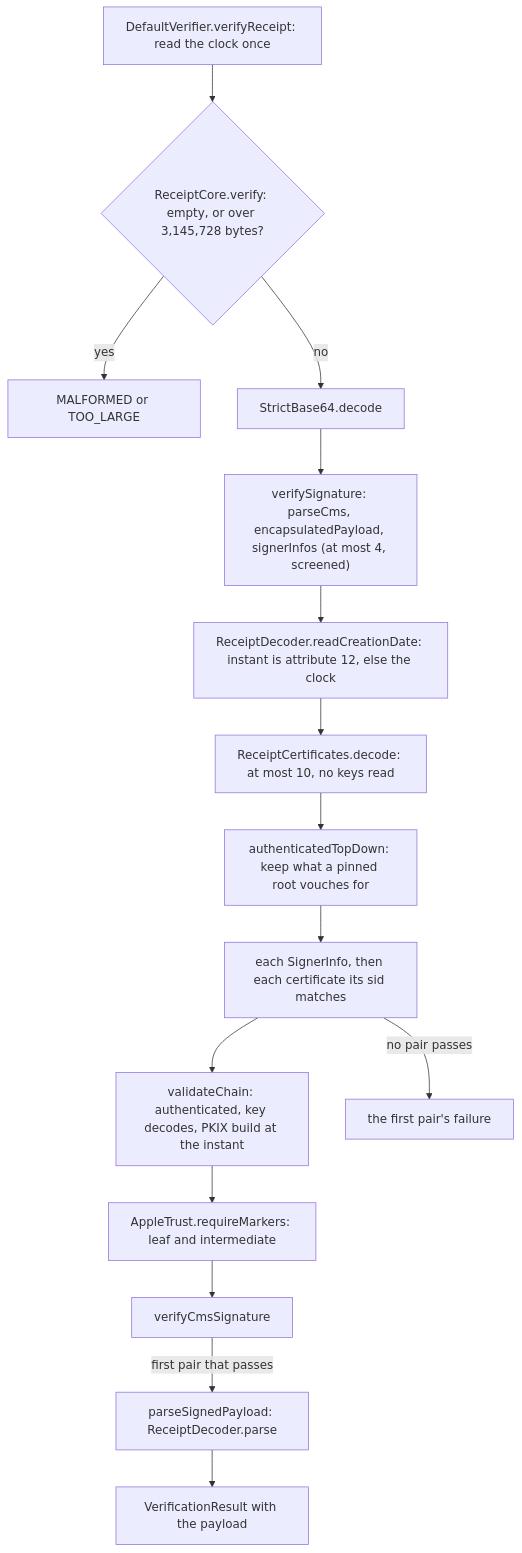
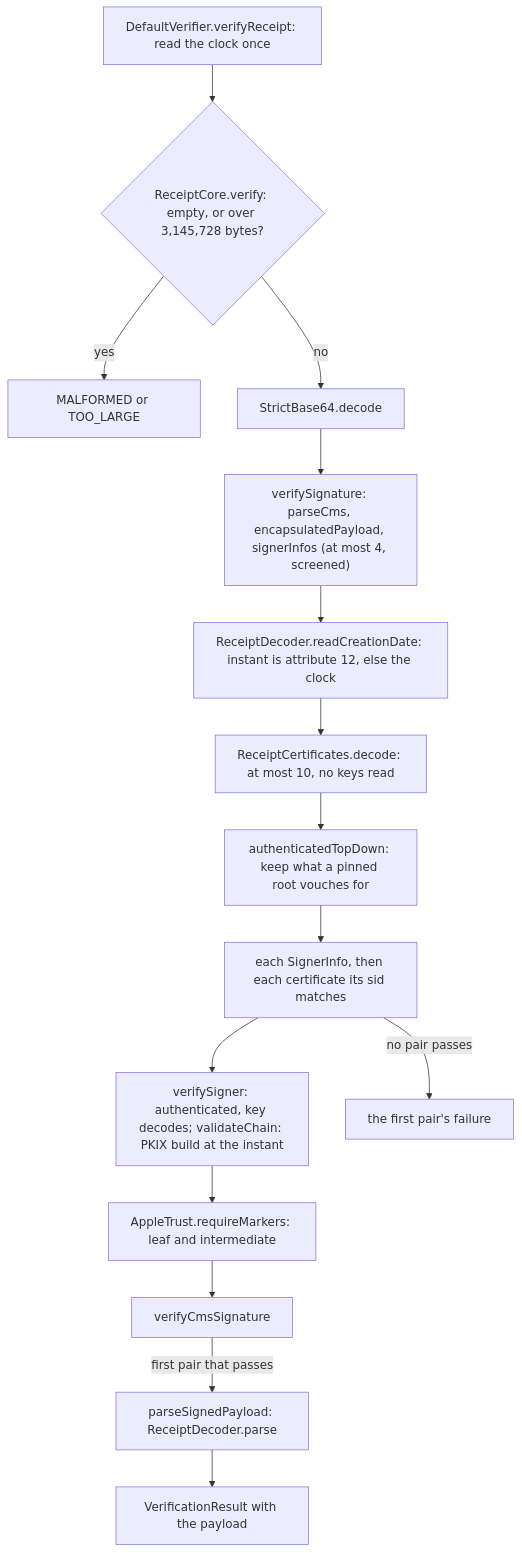
The third of 3 diagrams in java/WALKTHROUGH.md (emindeniz99/apple-purchase-receipt-verifier), drawn with Mermaid before and after one commit. The commit also changed other lines of this file and 2 other files, not shown here.

Commit message:
refactor(java): pass the decoded signer key to the signature check
AppleTrust.decodeKey returned the vouched key and both callers threw it
away, then called getPublicKey() again before the signature check. The
second call hit BouncyCastle's cache, but a reader auditing that every
key use is on a vouched certificate had to prove it safe separately.
The key decodeKey returns is now the one verifyCmsSignature and
verifyEs256 use. The receipt path's vouched-list check and decode move
from validateChain into verifySigner, just ahead of it, so messages and
the order of checks are unchanged.

Claude-Session: https://claude.ai/code/session_01CABoCshNG2k3273MscqaRN

````diff
--- a/java/WALKTHROUGH.md
+++ b/java/WALKTHROUGH.md
@@ -519,17 +519,17 @@
 ```mermaid
 flowchart TD
     S["DefaultVerifier.verifyReceipt: read the clock once"] --> C1{"ReceiptCore.verify: empty, or over 3,145,728 bytes?"}
     C1 -->|yes| F1["MALFORMED or TOO_LARGE"]
     C1 -->|no| C2["StrictBase64.decode"]
     C2 --> C3["verifySignature: parseCms, encapsulatedPayload, signerInfos (at most 4, screened)"]
     C3 --> C4["ReceiptDecoder.readCreationDate: instant is attribute 12, else the clock"]
     C4 --> C5["ReceiptCertificates.decode: at most 10, no keys read"]
     C5 --> C6["authenticatedTopDown: keep what a pinned root vouches for"]
     C6 --> L["each SignerInfo, then each certificate its sid matches"]
-    L --> C7["validateChain: authenticated, key decodes, PKIX build at the instant"]
+    L --> C7["verifySigner: authenticated, key decodes; validateChain: PKIX build at the instant"]
     C7 --> C8["AppleTrust.requireMarkers: leaf and intermediate"]
     C8 --> C9["verifyCmsSignature"]
     C9 -->|first pair that passes| C10["parseSignedPayload: ReceiptDecoder.parse"]
     C10 --> OK["VerificationResult with the payload"]
     L -->|no pair passes| F2["the first pair's failure"]
 ```
````
